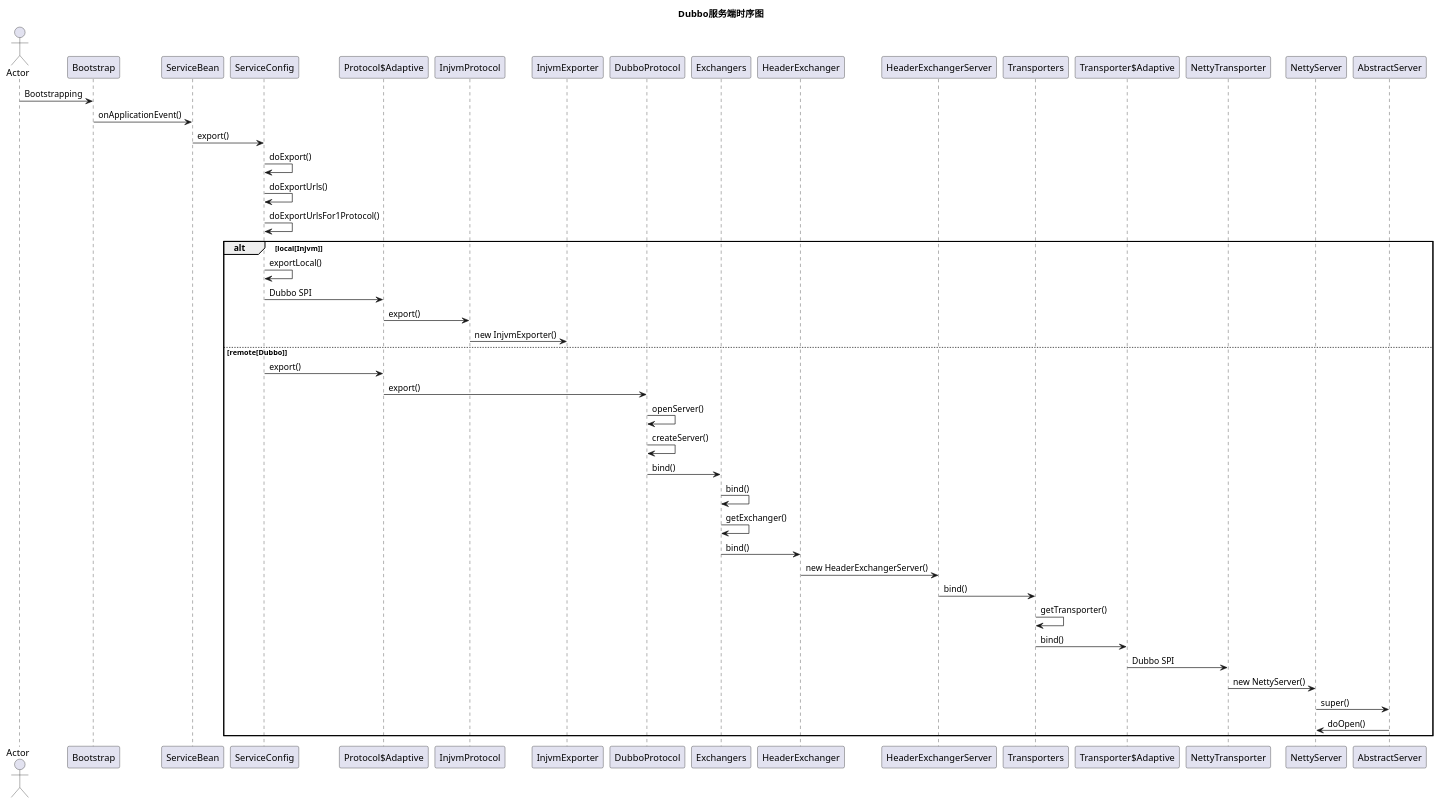
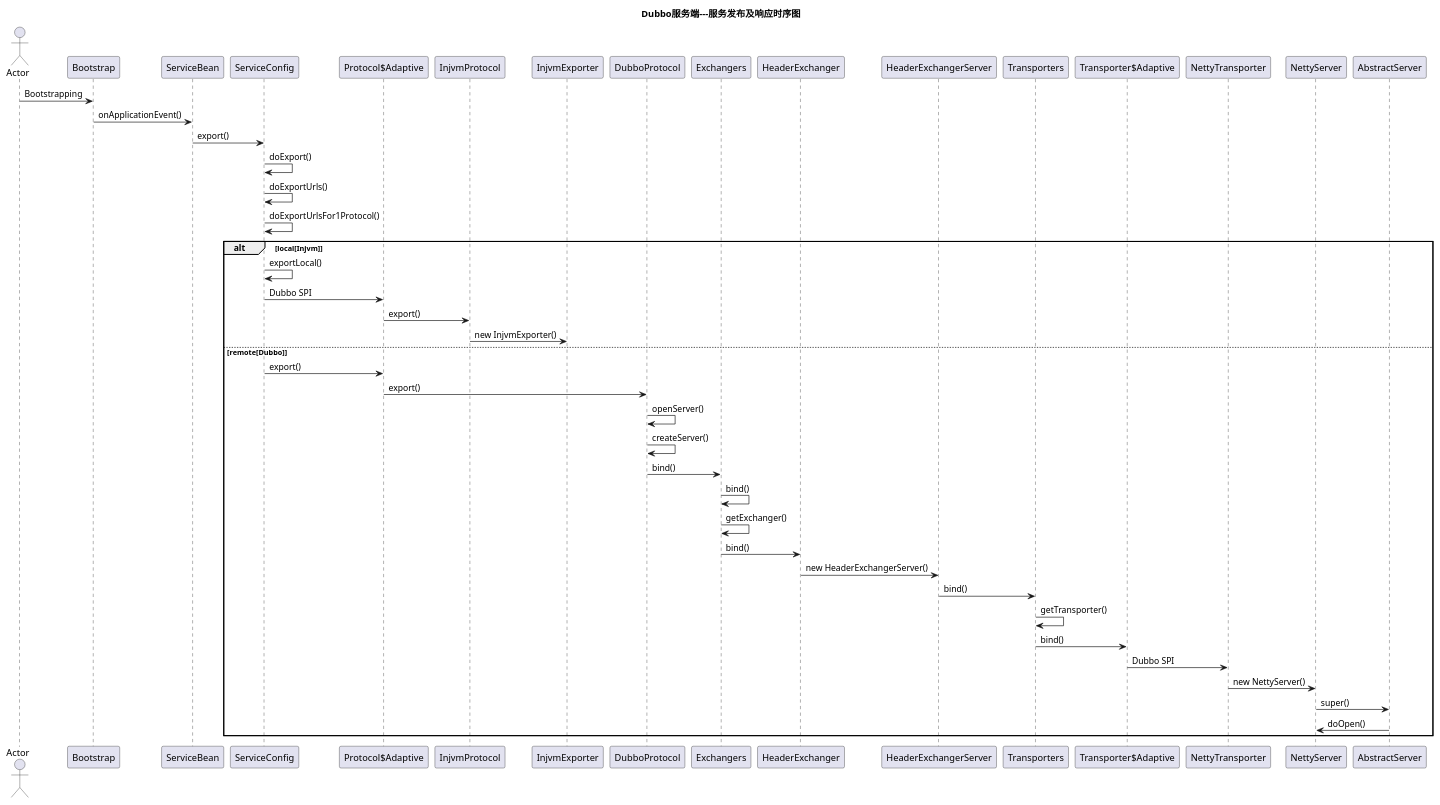
Before and after one commit to shuaijunlan/Spring-Learning: the diagram in dubbo/sequence-uml/dubbo-provider.puml, drawn with PlantUML. The commit also changed 1 other file, not shown here.

```diff
--- a/dubbo/sequence-uml/dubbo-provider.puml
+++ b/dubbo/sequence-uml/dubbo-provider.puml
@@ -1,33 +1,33 @@
 @startuml
-title Dubbo服务端时序图
+title Dubbo服务端---服务发布及响应时序图
 Actor Actor
 Actor -> Bootstrap: Bootstrapping
 Bootstrap -> ServiceBean: onApplicationEvent()
 ServiceBean -> ServiceConfig: export()
 ServiceConfig -> ServiceConfig: doExport()
 ServiceConfig -> ServiceConfig: doExportUrls()
 ServiceConfig -> ServiceConfig: doExportUrlsFor1Protocol()
 alt local[Injvm]
 ServiceConfig -> ServiceConfig: exportLocal()
 ServiceConfig -> "Protocol$Adaptive": Dubbo SPI
 "Protocol$Adaptive" -> InjvmProtocol: export()
 InjvmProtocol -> InjvmExporter: new InjvmExporter()
 else remote[Dubbo]
 ServiceConfig -> "Protocol$Adaptive": export()
 "Protocol$Adaptive" -> DubboProtocol: export()
 DubboProtocol -> DubboProtocol: openServer()
 DubboProtocol -> DubboProtocol: createServer()
 DubboProtocol -> Exchangers: bind()
 Exchangers -> Exchangers: bind()
 Exchangers -> Exchangers: getExchanger()
 Exchangers -> HeaderExchanger: bind()
 HeaderExchanger -> HeaderExchangerServer: new HeaderExchangerServer()
 HeaderExchangerServer -> Transporters: bind()
 Transporters -> Transporters: getTransporter()
 Transporters -> "Transporter$Adaptive": bind()
 "Transporter$Adaptive" -> NettyTransporter: Dubbo SPI
 NettyTransporter -> NettyServer: new NettyServer()
 NettyServer -> AbstractServer: super()
 AbstractServer -> NettyServer: doOpen()
 end
 @enduml
```
